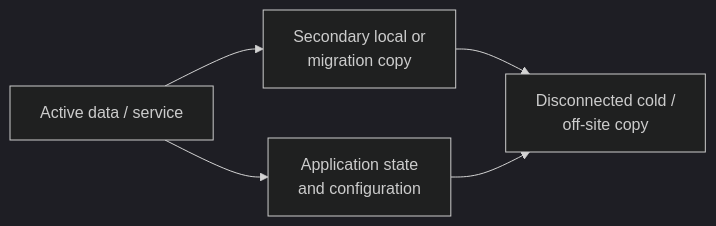
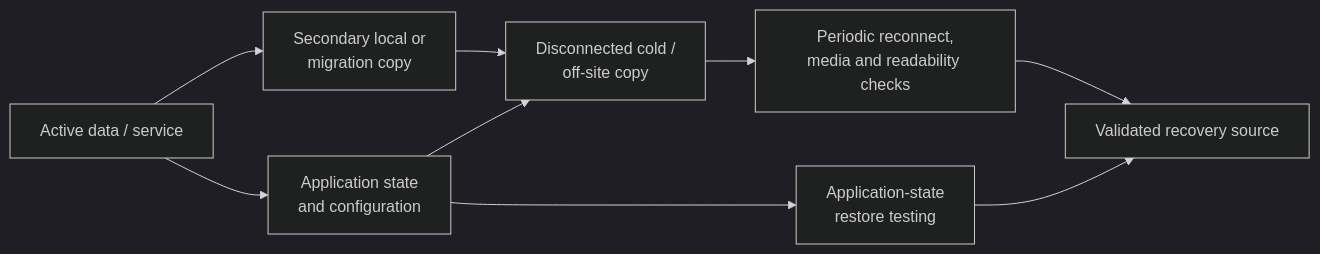
The diagram in docs/backup-and-recovery.md (valentinojosh/systems-lab), drawn with Mermaid (dark theme) before and after one commit. The commit also changed other lines of this file and 8 other files, not shown here.

````diff
--- a/docs/backup-and-recovery.md
+++ b/docs/backup-and-recovery.md
@@ -7,7 +7,11 @@
 ```mermaid
 flowchart LR
     Active["Active data / service"] --> Local["Secondary local or<br/>migration copy"]
     Active --> App["Application state<br/>and configuration"]
     Local --> Cold["Disconnected cold /<br/>off-site copy"]
     App --> Cold
+    Cold --> MediaCheck["Periodic reconnect,<br/>media and readability checks"]
+    App --> Restore["Application-state<br/>restore testing"]
+    MediaCheck --> Ready["Validated recovery source"]
+    Restore --> Ready
 ```
````
